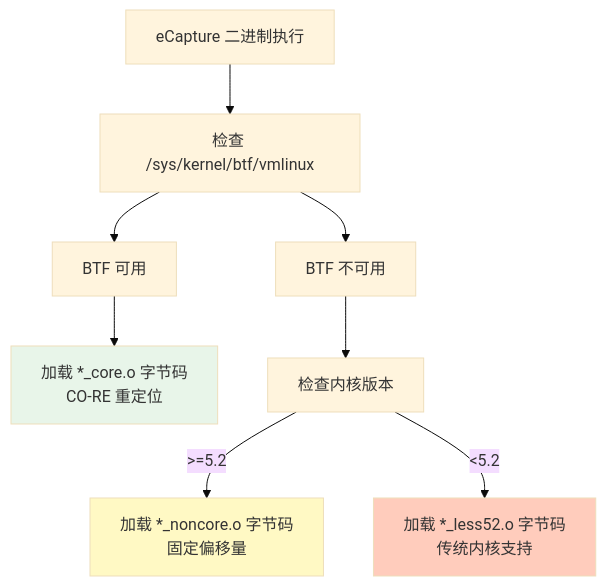
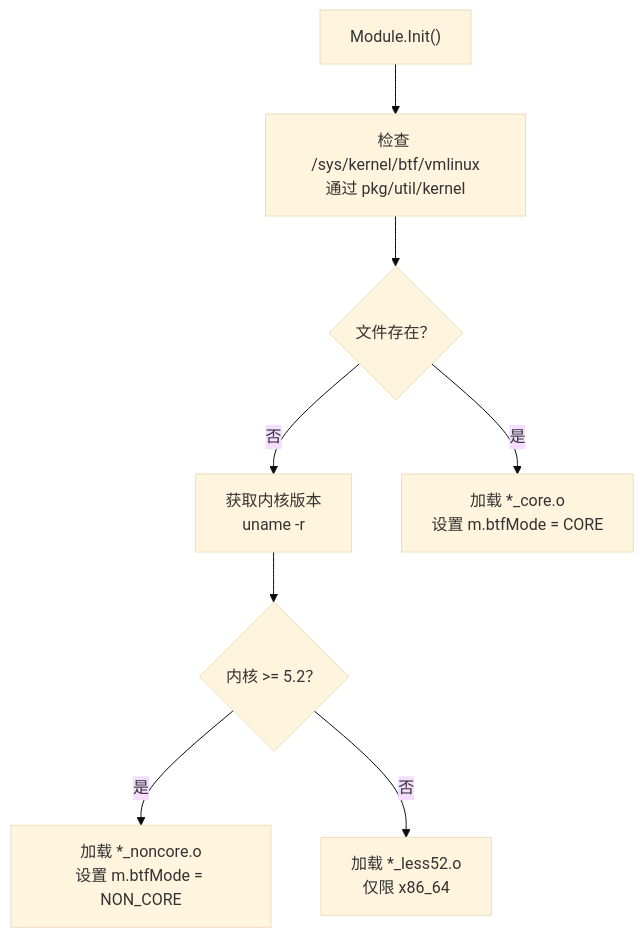
The first of 9 diagrams in src/zh/1-overview/1.3-dependencies-and-system-requirements.md (gojue/ecapture.cc), drawn with Mermaid (base theme) before and after one commit. The commit also changed other lines of this file and 70 other files, not shown here.

Commit message:
feat: update sidebar and navigation links for architecture and shell command auditing sections

````diff
--- a/src/zh/1-overview/1.3-dependencies-and-system-requirements.md
+++ b/src/zh/1-overview/1.3-dependencies-and-system-requirements.md
@@ -34,23 +47,19 @@
 ```mermaid
 graph TB
-    START["eCapture 二进制执行"]
-    CHECK_BTF["检查 /sys/kernel/btf/vmlinux"]
-    BTF_YES["BTF 可用"]
-    BTF_NO["BTF 不可用"]
-    LOAD_CORE["加载 *_core.o 字节码<br/>CO-RE 重定位"]
-    LOAD_NONCORE["加载 *_noncore.o 字节码<br/>固定偏移量"]
-    LOAD_LESS52["加载 *_less52.o 字节码<br/>传统内核支持"]
-    CHECK_KERNEL["检查内核版本"]
+    START["Module.Init()"]
+    CHECK_BTF["检查 /sys/kernel/btf/vmlinux<br/>通过 pkg/util/kernel"]
+    BTF_EXISTS{"文件存在？"}
+    GET_KERNEL["获取内核版本<br/>uname -r"]
+    KERNEL_CHECK{"内核 >= 5.2？"}
+    LOAD_CORE["加载 *_core.o<br/>设置 m.btfMode = CORE"]
+    LOAD_NONCORE["加载 *_noncore.o<br/>设置 m.btfMode = NON_CORE"]
+    LOAD_LESS52["加载 *_less52.o<br/>仅限 x86_64"]
     
     START --> CHECK_BTF
-    CHECK_BTF --> BTF_YES
-    CHECK_BTF --> BTF_NO
-    BTF_YES --> LOAD_CORE
-    BTF_NO --> CHECK_KERNEL
-    CHECK_KERNEL -->|">=5.2"| LOAD_NONCORE
-    CHECK_KERNEL -->|"<5.2"| LOAD_LESS52
-    
-    style LOAD_CORE fill:#e8f5e9
-    style LOAD_NONCORE fill:#fff9c4
-    style LOAD_LESS52 fill:#ffccbc
+    CHECK_BTF --> BTF_EXISTS
+    BTF_EXISTS -->|"是"| LOAD_CORE
+    BTF_EXISTS -->|"否"| GET_KERNEL
+    GET_KERNEL --> KERNEL_CHECK
+    KERNEL_CHECK -->|"是"| LOAD_NONCORE
+    KERNEL_CHECK -->|"否"| LOAD_LESS52
 ```
````
